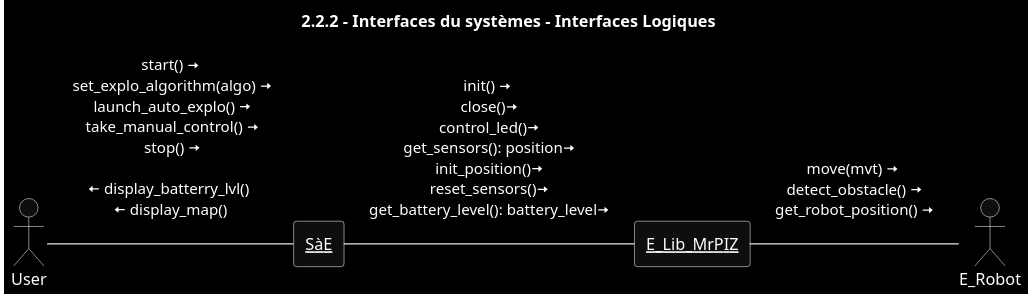
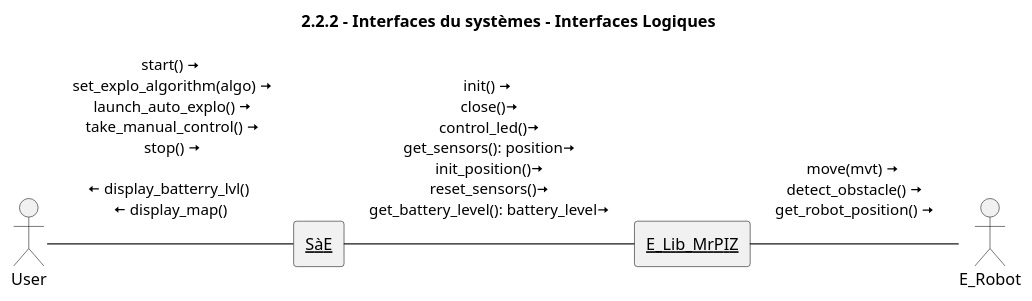
One commit to Larson-09/PATO_Project changed the diagram in Diagrammes UML/2.2.2 - Interfaces du systèmes - Interfaces Logiques/2.2.2 - Interfaces du systèmes - Interfaces Logiques.puml. Above: the diagram before and after it, drawn with PlantUML. The commit also changed 1 other file, not shown here.

```diff
--- a/Diagrammes UML/2.2.2 - Interfaces du systèmes - Interfaces Logiques/2.2.2 - Interfaces du systèmes - Interfaces Logiques.puml
+++ b/Diagrammes UML/2.2.2 - Interfaces du systèmes - Interfaces Logiques/2.2.2 - Interfaces du systèmes - Interfaces Logiques.puml
@@ -1,18 +1,16 @@
 @startuml
 title 2.2.2 - Interfaces du systèmes - Interfaces Logiques
-skinparam shadowing false
-skinparam monochrome reverse
 scale 1024*768
 actor User as U
 actor E_Robot as P
 
 rectangle "<u>SàE</u>" as S{
 }
 rectangle "<u>E_Lib_MrPIZ</u>" as L{
 }
 
 
 U -right- S : start() <&arrow-right>\n set_explo_algorithm(algo) <&arrow-right>\n launch_auto_explo() <&arrow-right>\n take_manual_control() <&arrow-right>\n stop() <&arrow-right>\n \n<&arrow-left> display_batterry_lvl() \n <&arrow-left> display_map() \n
 S-right-L : init() <&arrow-right> \n close()<&arrow-right> \n control_led()<&arrow-right> \n get_sensors(): position<&arrow-right> \n init_position()<&arrow-right> \n reset_sensors()<&arrow-right> \n get_battery_level(): battery_level<&arrow-right> \n
 L-right-P : move(mvt) <&arrow-right> \n detect_obstacle() <&arrow-right> \n get_robot_position() <&arrow-right> \n
 @enduml
```
